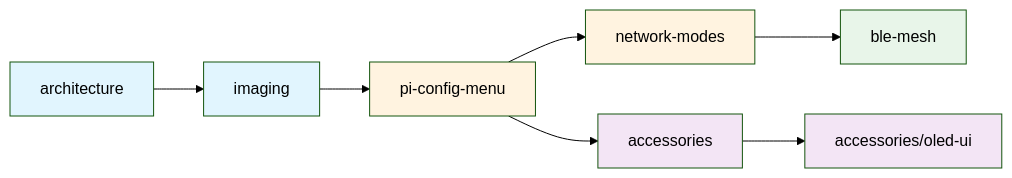
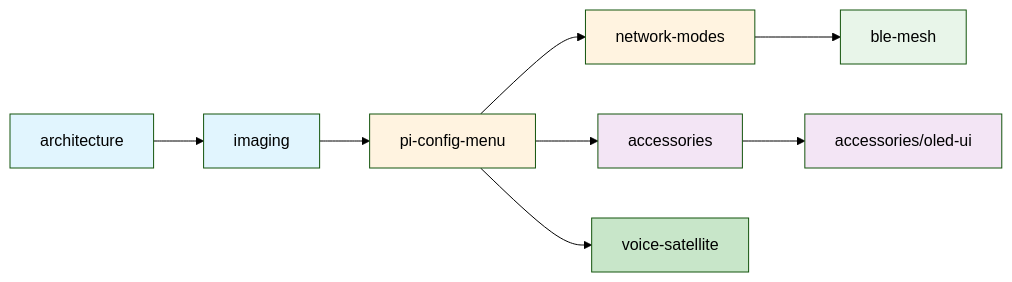
One commit to txemavs/nabla-edge changed the diagram in nablaedge/docs/README.md. Above: the diagram before and after it, drawn with Mermaid (forest theme). The commit also changed other lines of this file and 1 other file, not shown here.

First line of the commit message:
docs: update references to voice-satellite as fully implemented

````diff
--- a/nablaedge/docs/README.md
+++ b/nablaedge/docs/README.md
@@ -84,17 +84,19 @@
 ```mermaid
 flowchart LR
     A[architecture] --> B[imaging]
     B --> C[pi-config-menu]
     C --> D[network-modes]
     C --> E[accessories]
+    C --> H[voice-satellite]
     E --> F[accessories/oled-ui]
     D --> G[ble-mesh]
     
     style A fill:#e1f5fe
     style B fill:#e1f5fe
     style C fill:#fff3e0
     style D fill:#fff3e0
     style E fill:#f3e5f5
     style F fill:#f3e5f5
     style G fill:#e8f5e9
+    style H fill:#c8e6c9
 ```
````
